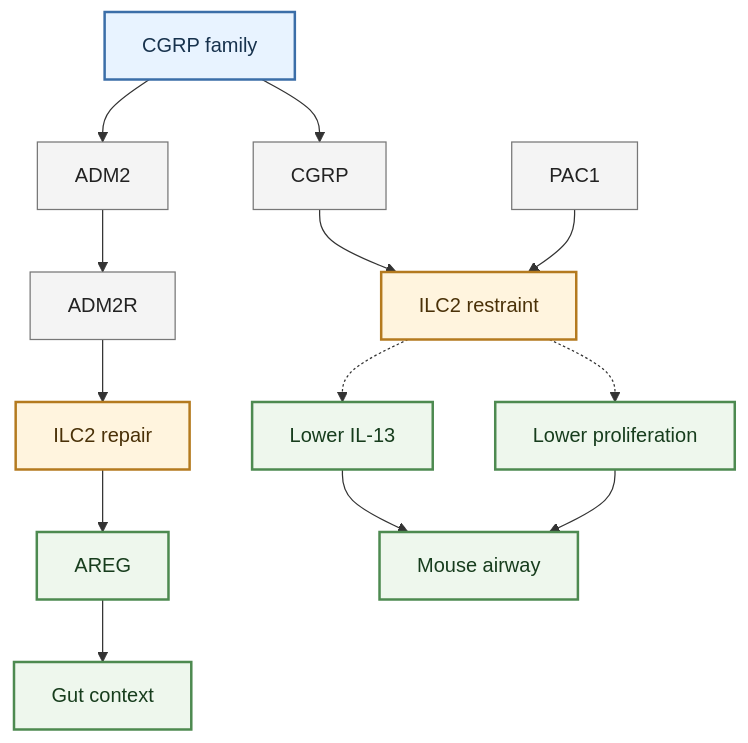
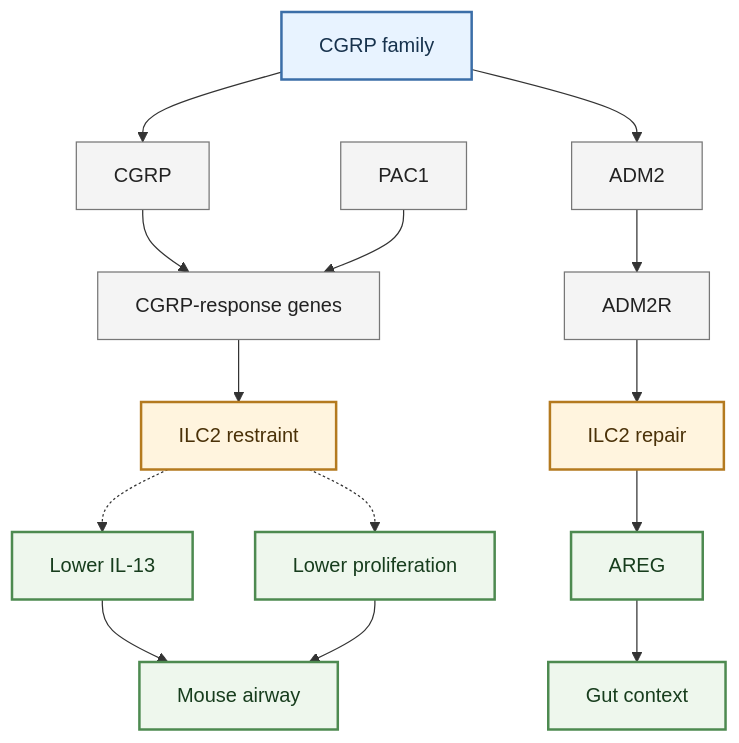
One commit to shao1116/ILC-Wiki changed the third of 4 diagrams in wiki/topics/ILC2_functional_regulation_mechanisms.md. Above: the diagram before and after it, drawn with Mermaid. The commit also changed other lines of this file and 15 other files, not shown here.

````diff
--- a/wiki/topics/ILC2_functional_regulation_mechanisms.md
+++ b/wiki/topics/ILC2_functional_regulation_mechanisms.md
@@ -252,34 +275,36 @@
 ```mermaid
 flowchart TB
     accTitle: ILC2 CGRP Family Neuroimmune Branches
     accDescr: Compact map separating lung CGRP/PAC1 restraint from gut ADM2-associated repair context.
 
     family["CGRP family"]
     cgrp["CGRP"]
     pac1["PAC1"]
+    response["CGRP-response genes"]
     restraint_state["ILC2 restraint"]
     adm2["ADM2"]
     adm2r["ADM2R"]
     repair_state["ILC2 repair"]
     il13["Lower IL-13"]
     prolif["Lower proliferation"]
     areg["AREG"]
     lung["Mouse airway"]
     gut["Gut context"]
 
     family --> cgrp
-    cgrp --> restraint_state
-    pac1 --> restraint_state
+    cgrp --> response
+    pac1 --> response
+    response --> restraint_state
     restraint_state -.-> il13 --> lung
     restraint_state -.-> prolif --> lung
     family --> adm2 --> adm2r --> repair_state --> areg --> gut
 
     classDef family_class fill:#e8f3ff,stroke:#3b6ea8,stroke-width:2px,color:#17324d
     classDef cue fill:#f4f4f4,stroke:#777,stroke-width:1px,color:#222
     classDef cell fill:#fff4de,stroke:#b47a1f,stroke-width:2px,color:#4a3108
     classDef output fill:#eef7ed,stroke:#4d8a50,stroke-width:2px,color:#173d1d
     class family family_class
-    class cgrp,pac1,adm2,adm2r cue
+    class cgrp,pac1,response,adm2,adm2r cue
     class restraint_state,repair_state cell
     class il13,prolif,areg,lung,gut output
 ```
````
